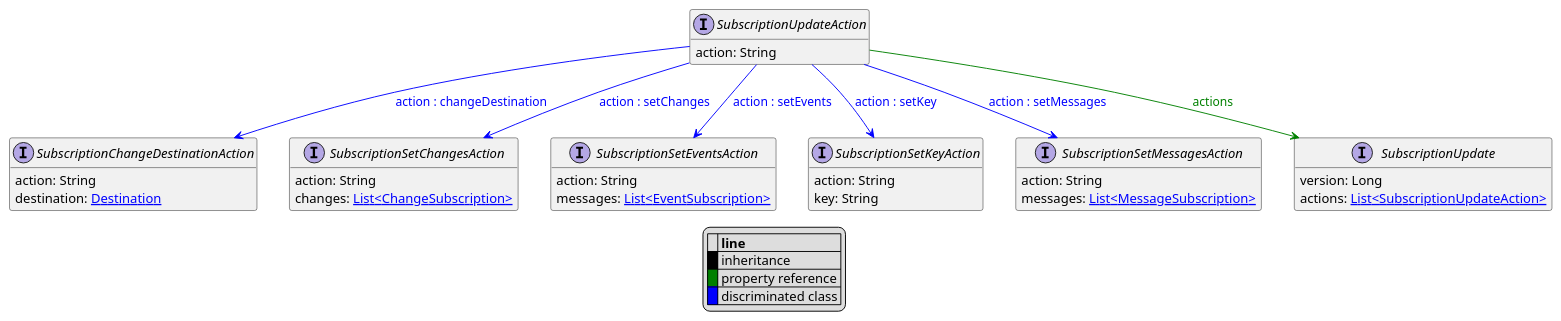
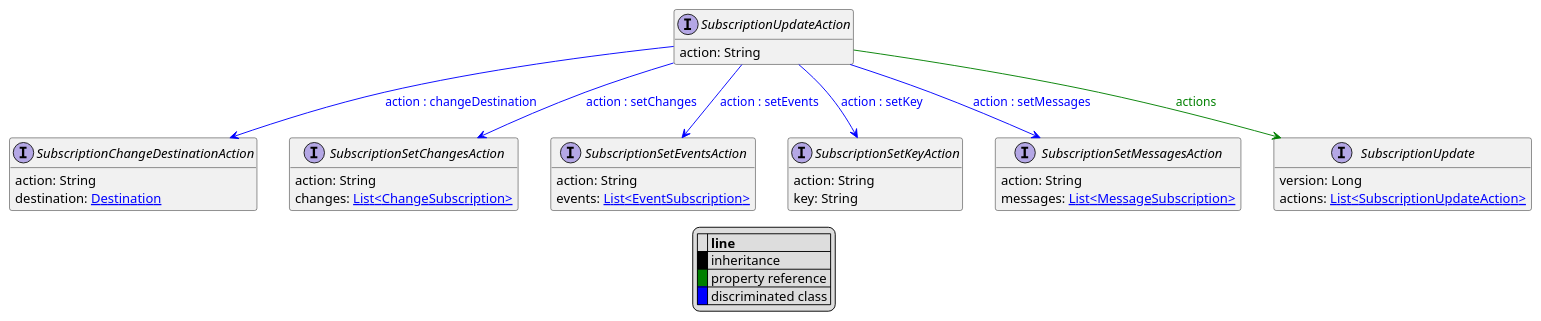
One commit to commercetools/commercetools-api-reference changed the diagram in uml/api/SubscriptionUpdateAction.puml. Above: the diagram before and after it, drawn with PlantUML. The commit also changed 6 other files, not shown here.

```diff
--- a/uml/api/SubscriptionUpdateAction.puml
+++ b/uml/api/SubscriptionUpdateAction.puml
@@ -1,46 +1,46 @@
 @startuml
 
 hide empty fields
 hide empty methods
 legend
 |= |= line |
 |<back:black>   </back>| inheritance |
 |<back:green>   </back>| property reference |
 |<back:blue>   </back>| discriminated class |
 endlegend
 interface SubscriptionUpdateAction [[SubscriptionUpdateAction.svg]]  {
     action: String
 }
 
 
 interface SubscriptionChangeDestinationAction [[SubscriptionChangeDestinationAction.svg]]  {
     action: String
     destination: [[Destination.svg Destination]]
 }
 interface SubscriptionSetChangesAction [[SubscriptionSetChangesAction.svg]]  {
     action: String
     changes: [[ChangeSubscription.svg List<ChangeSubscription>]]
 }
 interface SubscriptionSetEventsAction [[SubscriptionSetEventsAction.svg]]  {
     action: String
-    messages: [[EventSubscription.svg List<EventSubscription>]]
+    events: [[EventSubscription.svg List<EventSubscription>]]
 }
 interface SubscriptionSetKeyAction [[SubscriptionSetKeyAction.svg]]  {
     action: String
     key: String
 }
 interface SubscriptionSetMessagesAction [[SubscriptionSetMessagesAction.svg]]  {
     action: String
     messages: [[MessageSubscription.svg List<MessageSubscription>]]
 }
 interface SubscriptionUpdate [[SubscriptionUpdate.svg]]  {
     version: Long
     actions: [[SubscriptionUpdateAction.svg List<SubscriptionUpdateAction>]]
 }
 SubscriptionUpdateAction --> SubscriptionChangeDestinationAction #blue;text:blue : "action : changeDestination"
 SubscriptionUpdateAction --> SubscriptionSetChangesAction #blue;text:blue : "action : setChanges"
 SubscriptionUpdateAction --> SubscriptionSetEventsAction #blue;text:blue : "action : setEvents"
 SubscriptionUpdateAction --> SubscriptionSetKeyAction #blue;text:blue : "action : setKey"
 SubscriptionUpdateAction --> SubscriptionSetMessagesAction #blue;text:blue : "action : setMessages"
 SubscriptionUpdateAction --> SubscriptionUpdate #green;text:green : "actions"
 @enduml
```
